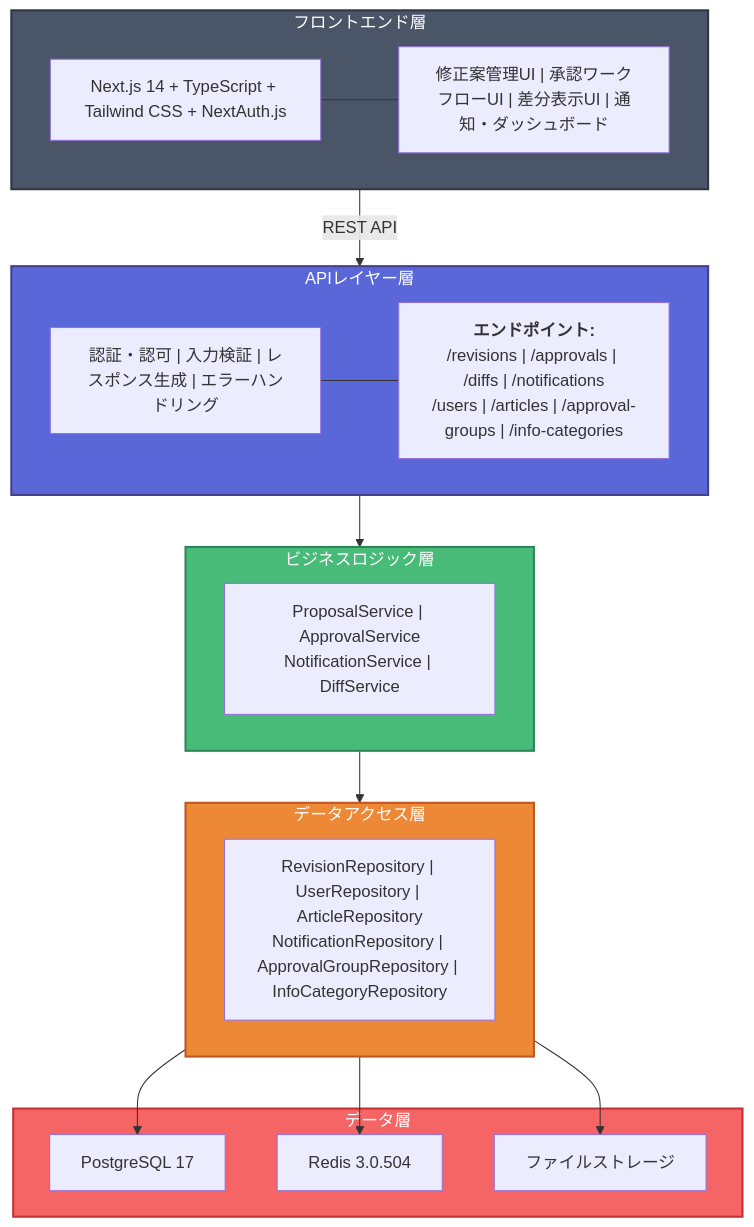
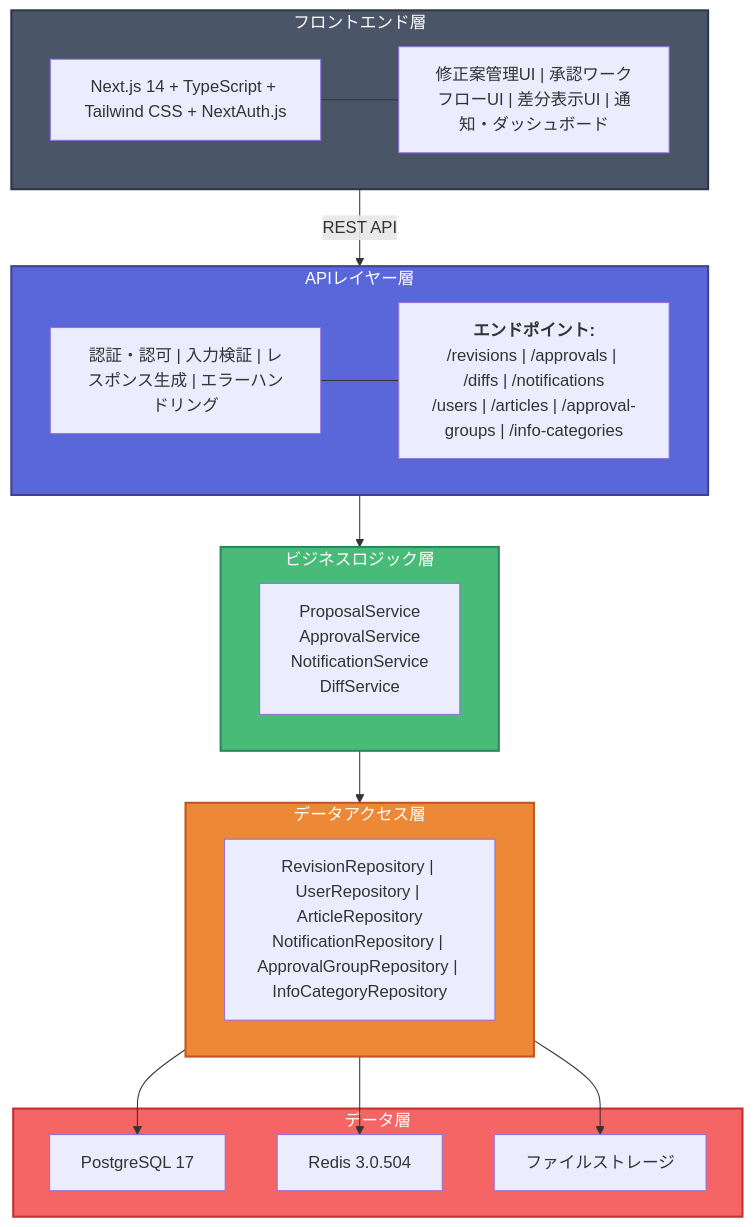
The first of 2 diagrams in .tmp/design.md (ekrsw/knowledge_app), drawn with Mermaid before and after one commit.

Commit message:
システム構成図のビジネスロジック層の表示を修正
- Servicesノードの文字が見切れる問題を解決
- 各サービス名を縦に配置して視認性を向上

🤖 Generated with [Claude Code](https://claude.ai/code)

````diff
--- a/.tmp/design.md
+++ b/.tmp/design.md
@@ -7,54 +7,54 @@
 ```mermaid
 graph TB
     %% フロントエンド層
     subgraph Frontend["フロントエンド層"]
         UI_Framework["Next.js 14 + TypeScript + Tailwind CSS + NextAuth.js"]
         UI_Components["修正案管理UI | 承認ワークフローUI | 差分表示UI | 通知・ダッシュボード"]
         UI_Framework --- UI_Components
     end
 
     %% APIレイヤー層
     subgraph API["APIレイヤー層"]
         Auth["認証・認可 | 入力検証 | レスポンス生成 | エラーハンドリング"]
         Endpoints["<b>エンドポイント:</b><br/>/revisions | /approvals | /diffs | /notifications<br/>/users | /articles | /approval-groups | /info-categories"]
         Auth --- Endpoints
     end
 
     %% ビジネスロジック層
     subgraph Business["ビジネスロジック層"]
-        Services["ProposalService | ApprovalService<br/>NotificationService | DiffService"]
+        Services["ProposalService<br/>ApprovalService<br/>NotificationService<br/>DiffService"]
     end
 
     %% データアクセス層
     subgraph DataAccess["データアクセス層"]
         Repositories["RevisionRepository | UserRepository | ArticleRepository<br/>NotificationRepository | ApprovalGroupRepository | InfoCategoryRepository"]
     end
 
     %% データ層
     subgraph Data["データ層"]
         PostgreSQL["PostgreSQL 17"]
         Redis["Redis 3.0.504"]
         FileStorage["ファイルストレージ"]
     end
 
     %% 接続
     Frontend -->|REST API| API
     API --> Business
     Business --> DataAccess
     DataAccess --> PostgreSQL
     DataAccess --> Redis
     DataAccess --> FileStorage
 
     %% スタイリング（濃いグレー背景に白文字）
     classDef frontendStyle fill:#4a5568,stroke:#2d3748,stroke-width:2px,color:#fff
     classDef apiStyle fill:#5a67d8,stroke:#434190,stroke-width:2px,color:#fff
     classDef businessStyle fill:#48bb78,stroke:#2f855a,stroke-width:2px,color:#fff
     classDef dataAccessStyle fill:#ed8936,stroke:#c05621,stroke-width:2px,color:#fff
     classDef dataStyle fill:#f56565,stroke:#c53030,stroke-width:2px,color:#fff
 
     class Frontend frontendStyle
     class API apiStyle
     class Business businessStyle
     class DataAccess dataAccessStyle
     class Data dataStyle
 ```
````
